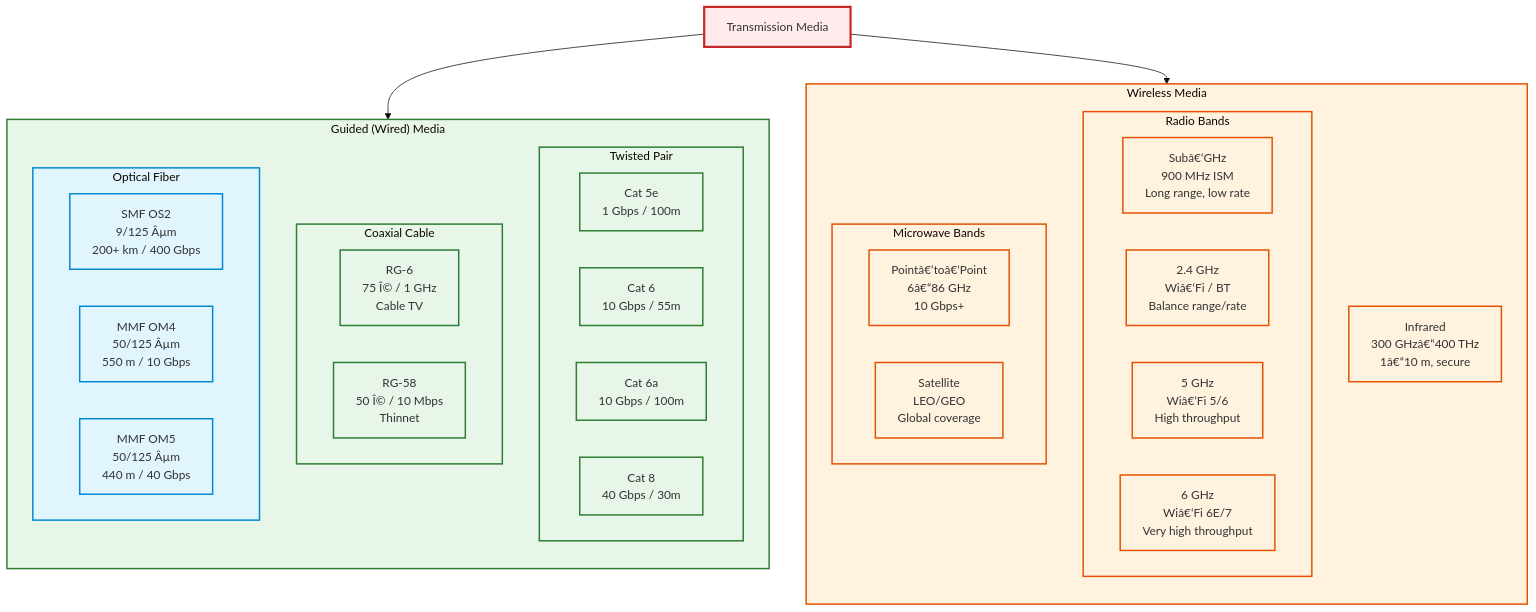
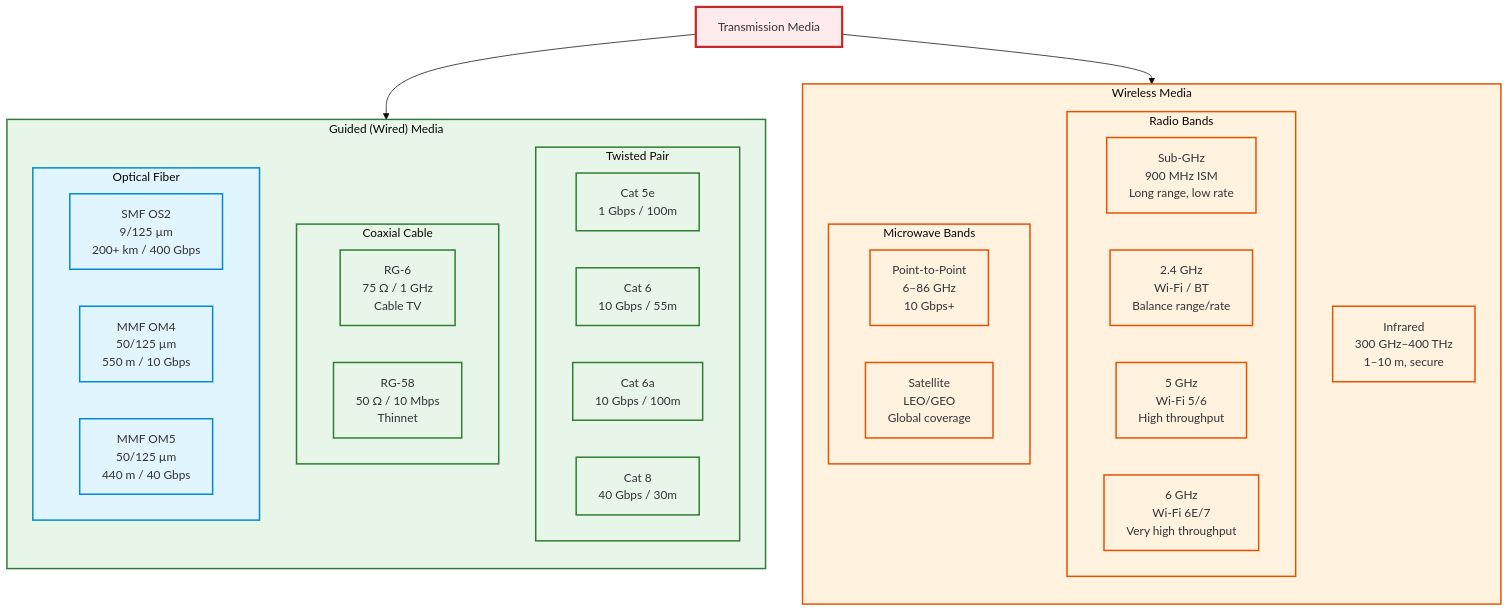
Before and after one commit to Raushan666java/ai-engineering-journey: the third of 4 diagrams in docs/courses/computer-networks/02-physical-layer.md, drawn with Mermaid (base theme). The commit also changed other lines of this file and 965 other files, not shown here.

````diff
--- a/docs/courses/computer-networks/02-physical-layer.md
+++ b/docs/courses/computer-networks/02-physical-layer.md
@@ -124,50 +124,50 @@
 ```mermaid
 flowchart TB
     subgraph Guided["Guided (Wired) Media"]
         direction TB
         subgraph TP["Twisted Pair"]
             TPCat5["Cat 5e<br/>1 Gbps / 100m"]
             TPCat6["Cat 6<br/>10 Gbps / 55m"]
             TPCat6a["Cat 6a<br/>10 Gbps / 100m"]
             TPCat8["Cat 8<br/>40 Gbps / 30m"]
         end
         subgraph Coax["Coaxial Cable"]
-            RG6["RG-6<br/>75 Î© / 1 GHz<br/>Cable TV"]
-            RG58["RG-58<br/>50 Î© / 10 Mbps<br/>Thinnet"]
+            RG6["RG-6<br/>75 Ω / 1 GHz<br/>Cable TV"]
+            RG58["RG-58<br/>50 Ω / 10 Mbps<br/>Thinnet"]
         end
         subgraph Fiber["Optical Fiber"]
-            SMF["SMF OS2<br/>9/125 Âµm<br/>200+ km / 400 Gbps"]
-            MMF_OM4["MMF OM4<br/>50/125 Âµm<br/>550 m / 10 Gbps"]
-            MMF_OM5["MMF OM5<br/>50/125 Âµm<br/>440 m / 40 Gbps"]
+            SMF["SMF OS2<br/>9/125 µm<br/>200+ km / 400 Gbps"]
+            MMF_OM4["MMF OM4<br/>50/125 µm<br/>550 m / 10 Gbps"]
+            MMF_OM5["MMF OM5<br/>50/125 µm<br/>440 m / 40 Gbps"]
         end
     end
 
     subgraph Wireless["Wireless Media"]
         direction TB
         subgraph RadioBand["Radio Bands"]
-            SubGHz["Subâ€‘GHz<br/>900 MHz ISM<br/>Long range, low rate"]
-            WiFi24["2.4 GHz<br/>Wiâ€‘Fi / BT<br/>Balance range/rate"]
-            WiFi5["5 GHz<br/>Wiâ€‘Fi 5/6<br/>High throughput"]
-            WiFi6["6 GHz<br/>Wiâ€‘Fi 6E/7<br/>Very high throughput"]
+            SubGHz["Sub‑GHz<br/>900 MHz ISM<br/>Long range, low rate"]
+            WiFi24["2.4 GHz<br/>Wi‑Fi / BT<br/>Balance range/rate"]
+            WiFi5["5 GHz<br/>Wi‑Fi 5/6<br/>High throughput"]
+            WiFi6["6 GHz<br/>Wi‑Fi 6E/7<br/>Very high throughput"]
         end
         subgraph MWBand["Microwave Bands"]
-            PtP["Pointâ€‘toâ€‘Point<br/>6â€“86 GHz<br/>10 Gbps+"]
+            PtP["Point‑to‑Point<br/>6–86 GHz<br/>10 Gbps+"]
             Sat["Satellite<br/>LEO/GEO<br/>Global coverage"]
         end
-        IRBand["Infrared<br/>300 GHzâ€“400 THz<br/>1â€“10 m, secure"]
+        IRBand["Infrared<br/>300 GHz–400 THz<br/>1–10 m, secure"]
     end
 
     Media["Transmission Media"] --> Guided
     Media --> Wireless
 
     classDef gui fill:#e8f5e9,stroke:#2e7d32,stroke-width:2px
     classDef ungu fill:#fff3e0,stroke:#e65100,stroke-width:2px
     classDef fiber fill:#e1f5fe,stroke:#0288d1,stroke-width:2px
     classDef radio fill:#f3e5f5,stroke:#7b1fa2,stroke-width:2px
     classDef root fill:#ffebee,stroke:#c62828,stroke-width:3px
 
     class Guided,TP,TPCat5,TPCat6,TPCat6a,TPCat8,Coax,RG6,RG58 gui
     class Fiber,SMF,MMF_OM4,MMF_OM5 fiber
     class Wireless,RadioBand,SubGHz,WiFi24,WiFi5,WiFi6,MWBand,PtP,Sat,IRBand ungu
     class Media root
 ```
````
